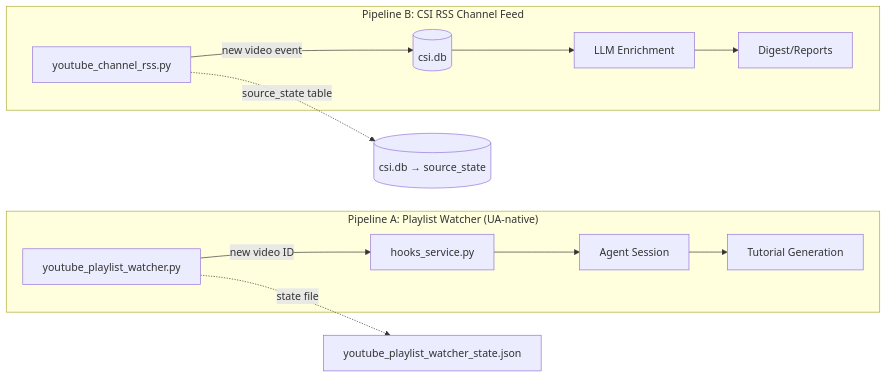
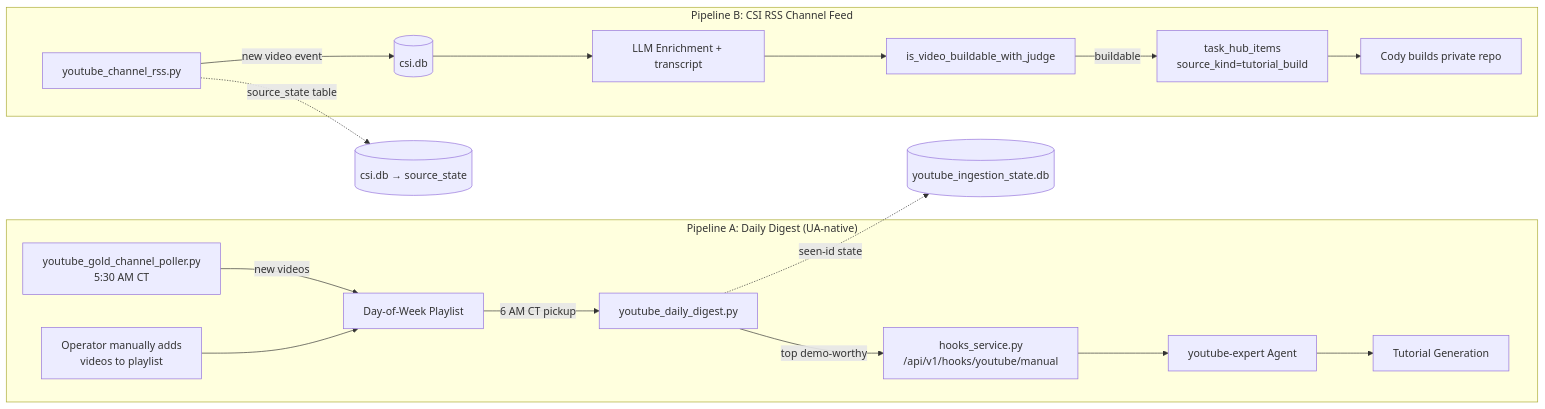
One commit to Kjdragan/universal_agent changed the second of 2 diagrams in docs/03_Operations/99_Tutorial_Pipeline_Architecture_And_Operations.md. Above: the diagram before and after it, drawn with Mermaid. The commit also changed other lines of this file and 18 other files, not shown here.

````diff
--- a/docs/03_Operations/99_Tutorial_Pipeline_Architecture_And_Operations.md
+++ b/docs/03_Operations/99_Tutorial_Pipeline_Architecture_And_Operations.md
@@ -247,17 +248,22 @@
 ```mermaid
 flowchart LR
-    subgraph "Pipeline A: Playlist Watcher (UA-native)"
-        PW[youtube_playlist_watcher.py] -->|new video ID| HS[hooks_service.py]
-        HS --> AS[Agent Session]
+    subgraph "Pipeline A: Daily Digest (UA-native)"
+        GOLD[youtube_gold_channel_poller.py<br/>5:30 AM CT] -->|new videos| PL[Day-of-Week Playlist]
+        MAN[Operator manually adds<br/>videos to playlist] --> PL
+        PL -->|6 AM CT pickup| DIG[youtube_daily_digest.py]
+        DIG -->|top demo-worthy| HS[hooks_service.py<br/>/api/v1/hooks/youtube/manual]
+        HS --> AS[youtube-expert Agent]
         AS --> TG[Tutorial Generation]
     end
 
     subgraph "Pipeline B: CSI RSS Channel Feed"
         RSS[youtube_channel_rss.py] -->|new video event| CSI_DB[(csi.db)]
-        CSI_DB --> ENRICH[LLM Enrichment]
-        ENRICH --> DIGEST[Digest/Reports]
+        CSI_DB --> ENRICH[LLM Enrichment + transcript]
+        ENRICH --> JUDGE[is_video_buildable_with_judge]
+        JUDGE -->|buildable| THUB[task_hub_items<br/>source_kind=tutorial_build]
+        THUB --> CODY[Cody builds private repo]
     end
 
-    PW -.->|state file| SF[youtube_playlist_watcher_state.json]
+    DIG -.->|seen-id state| YDS[(youtube_ingestion_state.db)]
     RSS -.->|source_state table| SS[(csi.db → source_state)]
 ```
````
